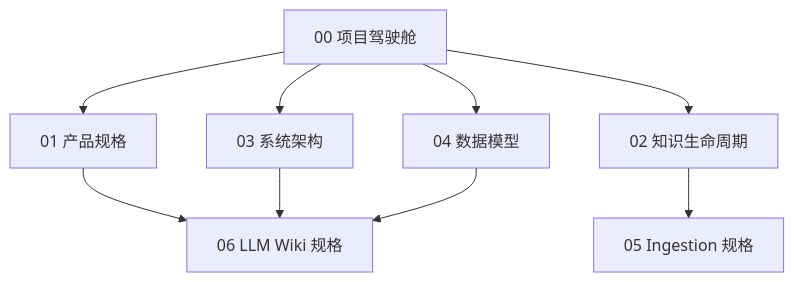
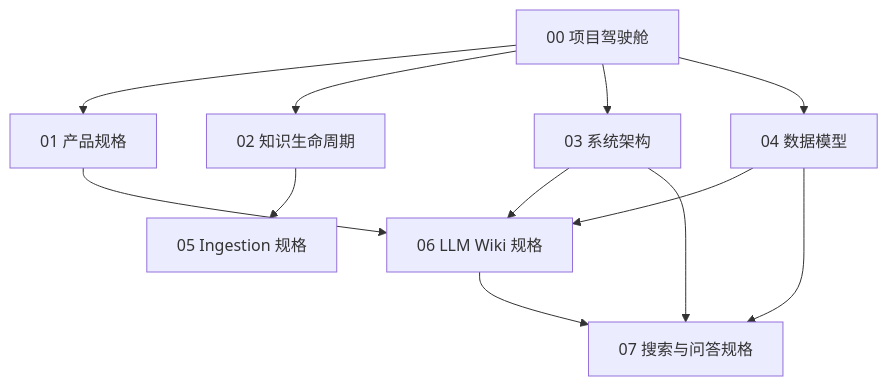
One commit to LittleBlacky/KnowWeave changed the seventh of 7 diagrams in docs/00-project-dashboard.md. Above: the diagram before and after it, drawn with Mermaid. The commit also changed other lines of this file and 4 other files, not shown here.

````diff
--- a/docs/00-project-dashboard.md
+++ b/docs/00-project-dashboard.md
@@ -245,11 +245,14 @@
 ```mermaid
 flowchart TD
   D0["00 项目驾驶舱"] --> D1["01 产品规格"]
   D0 --> D2["02 知识生命周期"]
   D0 --> D3["03 系统架构"]
   D0 --> D4["04 数据模型"]
   D2 --> D5["05 Ingestion 规格"]
   D1 --> D6["06 LLM Wiki 规格"]
   D3 --> D6
   D4 --> D6
+  D3 --> D7["07 搜索与问答规格"]
+  D4 --> D7
+  D6 --> D7
 ```
````
